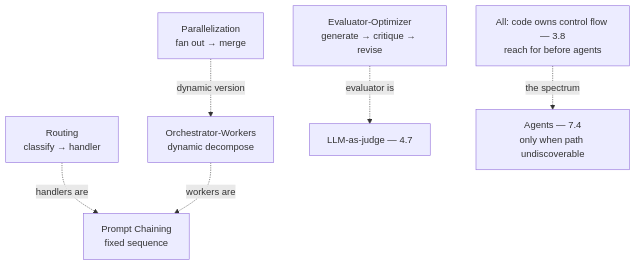
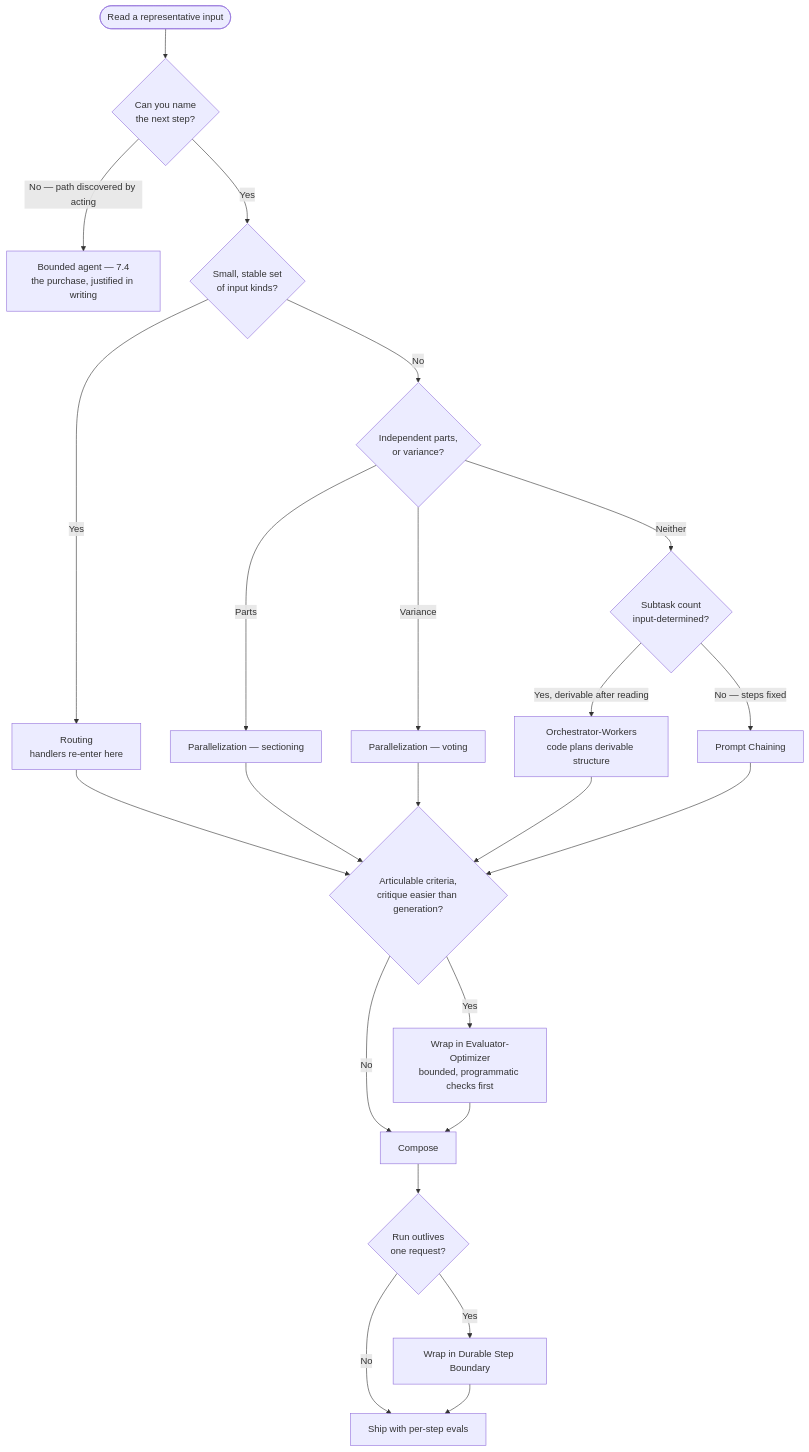
One commit to sivakrushna-works/GSAC changed the diagram in curriculum/part-7-enterprise-ai-architecture-patterns/chapter-03-workflow-patterns.md. Above: the diagram before and after it, drawn with Mermaid. The commit also changed other lines of this file and 11 other files, not shown here.

````diff
--- a/curriculum/part-7-enterprise-ai-architecture-patterns/chapter-03-workflow-patterns.md
+++ b/curriculum/part-7-enterprise-ai-architecture-patterns/chapter-03-workflow-patterns.md
@@ -89,13 +104,21 @@
 ```mermaid
 flowchart TD
-    CHAIN[Prompt Chaining<br/>fixed sequence] 
-    ROUTE[Routing<br/>classify → handler]
-    PARALLEL[Parallelization<br/>fan out → merge]
-    ORCH[Orchestrator-Workers<br/>dynamic decompose]
-    EVAL[Evaluator-Optimizer<br/>generate → critique → revise]
-    ROUTE -.handlers are.-> CHAIN
-    ORCH -.workers are.-> CHAIN
-    PARALLEL -.dynamic version.-> ORCH
-    EVAL -.evaluator is.-> JUDGE[LLM-as-judge — 4.7]
-    ALL[All: code owns control flow — 3.8<br/>reach for before agents] -.the spectrum.-> AGENTS[Agents — 7.4<br/>only when path undiscoverable]
+    START([Read a representative input]) --> Q1{Can you name<br/>the next step?}
+    Q1 -->|No — path discovered by acting| AGENT[Bounded agent — 7.4<br/>the purchase, justified in writing]
+    Q1 -->|Yes| Q2{Small, stable set<br/>of input kinds?}
+    Q2 -->|Yes| ROUTE[Routing<br/>handlers re-enter here]
+    Q2 -->|No| Q3{Independent parts,<br/>or variance?}
+    Q3 -->|Parts| PAR[Parallelization — sectioning]
+    Q3 -->|Variance| VOTE[Parallelization — voting]
+    Q3 -->|Neither| Q4{Subtask count<br/>input-determined?}
+    Q4 -->|Yes, derivable after reading| ORCH[Orchestrator-Workers<br/>code plans derivable structure]
+    Q4 -->|No — steps fixed| CHAIN[Prompt Chaining]
+    ROUTE & PAR & VOTE & ORCH & CHAIN --> Q5{Articulable criteria,<br/>critique easier than generation?}
+    Q5 -->|Yes| EVAL[Wrap in Evaluator-Optimizer<br/>bounded, programmatic checks first]
+    Q5 -->|No| DONE[Compose]
+    EVAL --> DONE
+    DONE --> Q6{Run outlives<br/>one request?}
+    Q6 -->|Yes| DUR[Wrap in Durable Step Boundary]
+    Q6 -->|No| SHIP[Ship with per-step evals]
+    DUR --> SHIP
 ```
````
